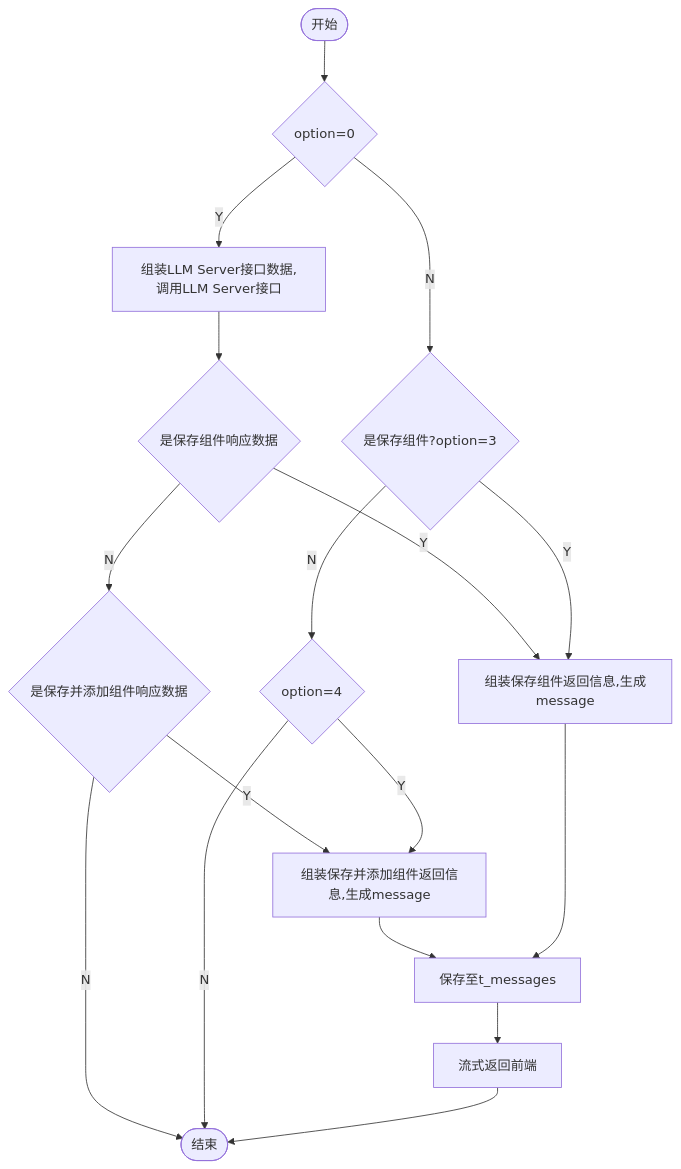
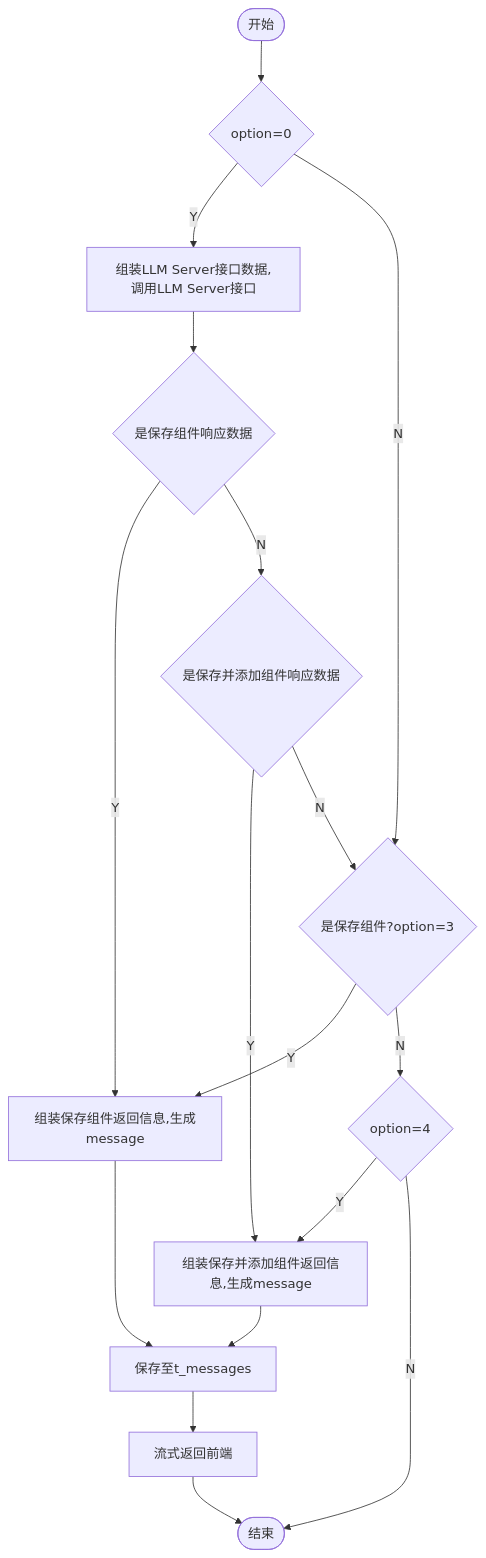
Before and after one commit to yingjianzh/iodraw-files: the diagram in all/添加保存组件.md, drawn with Mermaid.

Commit message:
2024-10-14 13:41:54 update

````diff
--- a/all/添加保存组件.md
+++ b/all/添加保存组件.md
@@ -1,19 +1,19 @@
 ```mermaid
 flowchart TD
     A([开始]) --> B{option=0}
     B -- Y --> C[组装LLM Server接口数据,调用LLM Server接口]
     B -- N --> D{是保存组件?option=3}
     C --> E{是保存组件响应数据}
     E -- Y --> F[组装保存组件返回信息,生成message]
     E -- N --> L{是保存并添加组件响应数据}
     L -- Y --> K
-    L -- N --> I
+    L -- N --> 
     D -- Y --> F
     D -- N --> J{option=4}
     J -- Y --> K[组装保存并添加组件返回信息,生成message]
     K --> G
     J -- N --> I
     F --> G[保存至t_messages]
     G --> H[流式返回前端]
     H --> I([结束])
 ```
````
